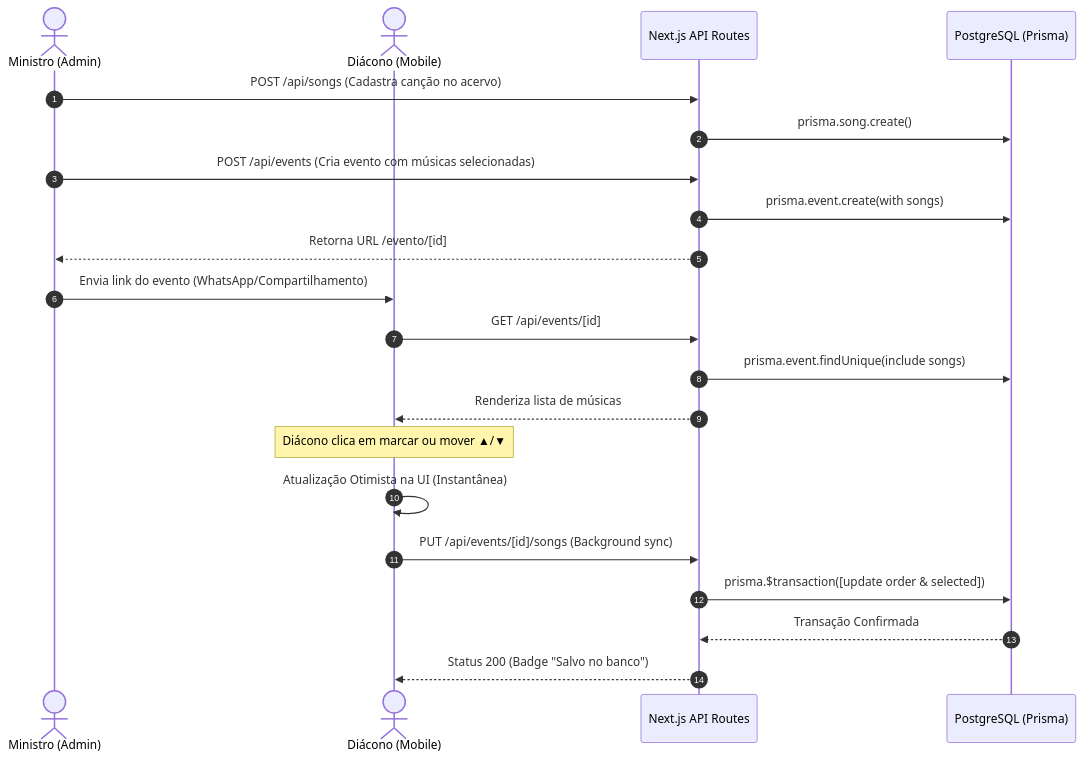
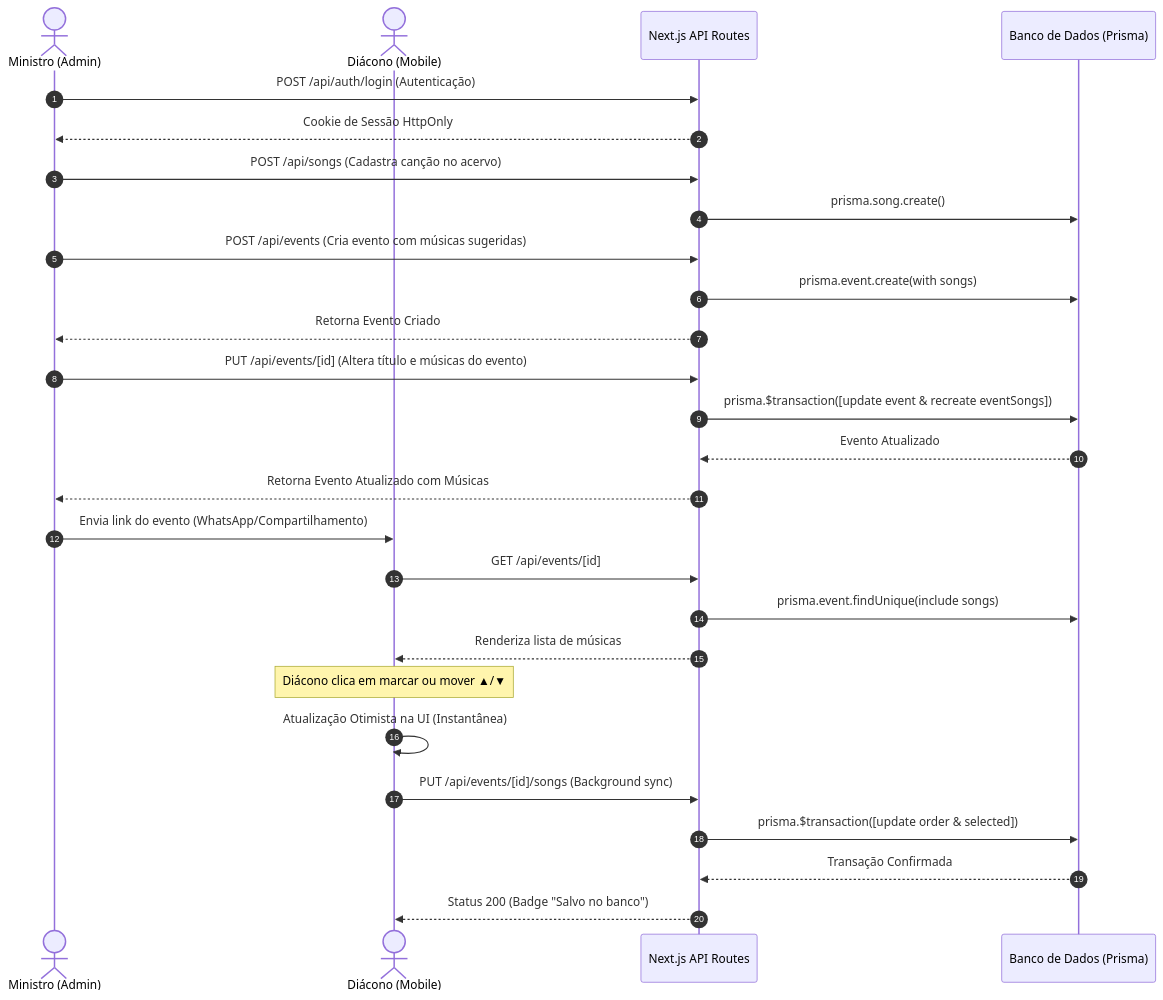
One commit to oscarnascimento/repertorio-catolico changed the second of 2 diagrams in docs/DDD.md. Above: the diagram before and after it, drawn with Mermaid. The commit also changed other lines of this file and 4 other files, not shown here.

Commit message:
feat: implement event management features including editing, deletion, and search in the admin panel

````diff
--- a/docs/DDD.md
+++ b/docs/DDD.md
@@ -122,26 +136,36 @@
 ```mermaid
 sequenceDiagram
     autonumber
     actor Admin as Ministro (Admin)
     actor Diacono as Diácono (Mobile)
     participant API as Next.js API Routes
-    participant DB as PostgreSQL (Prisma)
+    participant DB as Banco de Dados (Prisma)
+
+    Admin->>API: POST /api/auth/login (Autenticação)
+    API-->>Admin: Cookie de Sessão HttpOnly
 
     Admin->>API: POST /api/songs (Cadastra canção no acervo)
     API->>DB: prisma.song.create()
-    Admin->>API: POST /api/events (Cria evento com músicas selecionadas)
+    
+    Admin->>API: POST /api/events (Cria evento com músicas sugeridas)
     API->>DB: prisma.event.create(with songs)
-    API-->>Admin: Retorna URL /evento/[id]
+    API-->>Admin: Retorna Evento Criado
+
+    Admin->>API: PUT /api/events/[id] (Altera título e músicas do evento)
+    API->>DB: prisma.$transaction([update event & recreate eventSongs])
+    DB-->>API: Evento Atualizado
+    API-->>Admin: Retorna Evento Atualizado com Músicas
+
     Admin->>Diacono: Envia link do evento (WhatsApp/Compartilhamento)
 
     Diacono->>API: GET /api/events/[id]
     API->>DB: prisma.event.findUnique(include songs)
     API-->>Diacono: Renderiza lista de músicas
 
     Note over Diacono: Diácono clica em marcar ou mover ▲/▼
     Diacono->>Diacono: Atualização Otimista na UI (Instantânea)
     Diacono->>API: PUT /api/events/[id]/songs (Background sync)
     API->>DB: prisma.$transaction([update order & selected])
     DB-->>API: Transação Confirmada
     API-->>Diacono: Status 200 (Badge "Salvo no banco")
 ```
````
